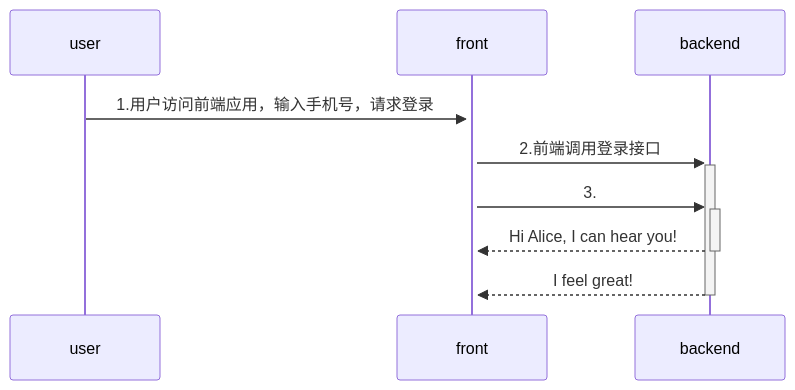
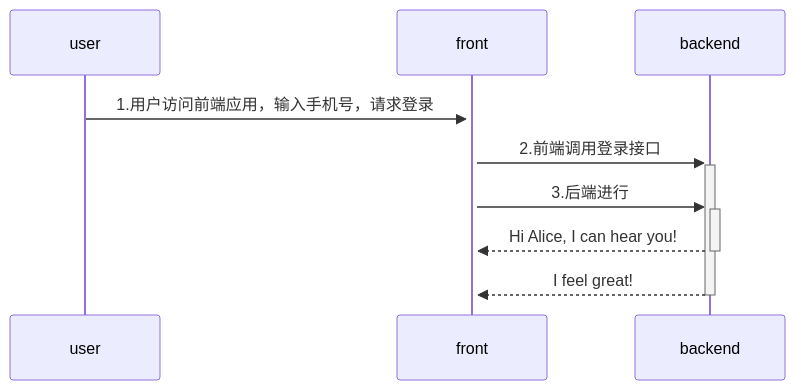
Before and after one commit to yingjianzh/iodraw-files: the diagram in all/未命名-4.md, drawn with Mermaid.

Commit message:
2024-08-02 17:36:56 update

````diff
--- a/all/未命名-4.md
+++ b/all/未命名-4.md
@@ -1,9 +1,9 @@
 ```mermaid
 sequenceDiagram
     user->>+front: 1.用户访问前端应用，输入手机号，请求登录
     front->>+backend: 2.前端调用登录接口
-    front->>+backend: 3.
+    front->>+backend: 3.后端进行
     backend-->>-front: Hi Alice, I can hear you!
     backend-->>-front: I feel great!
             
 ```
````
